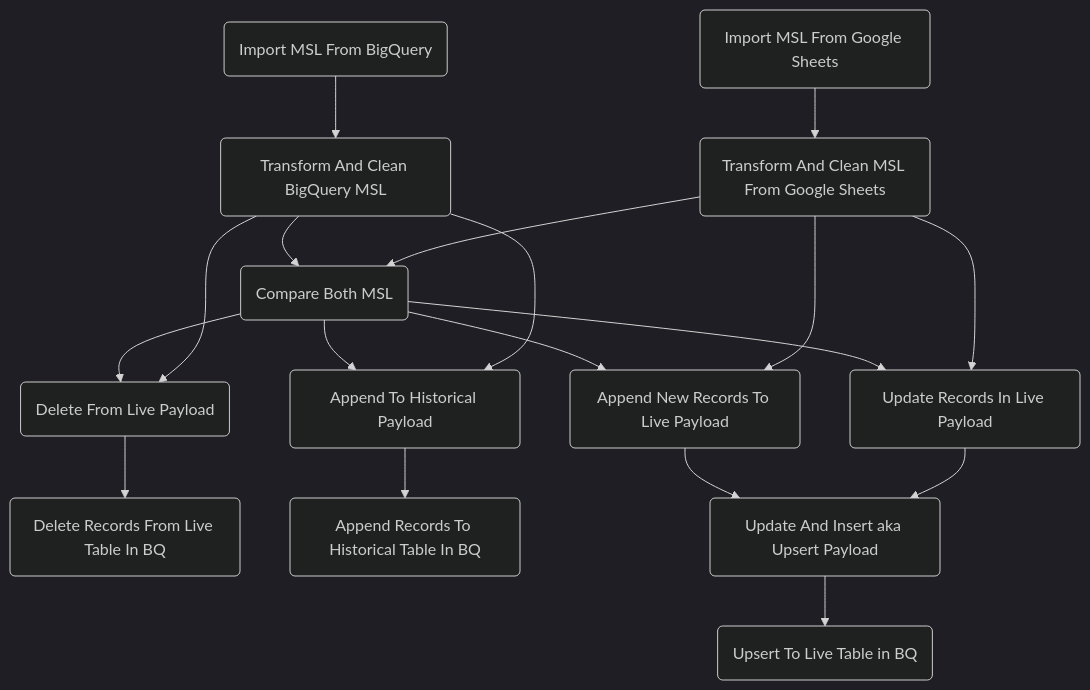
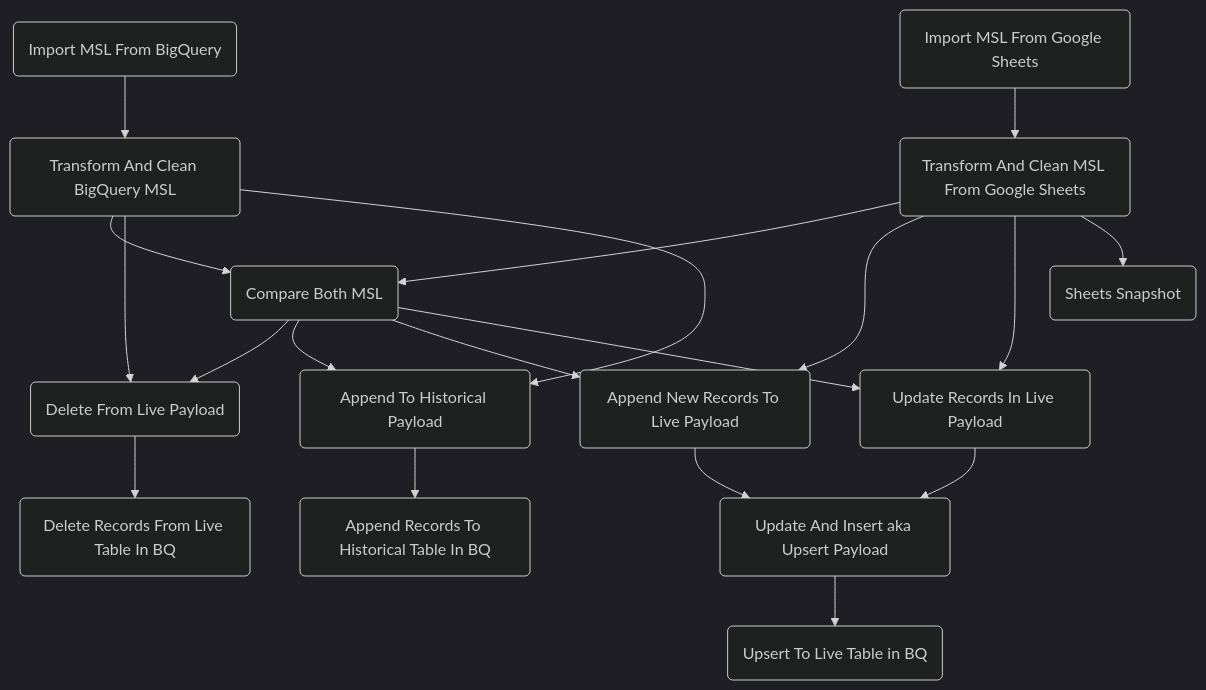
The diagram in documentation/pipelines/msl.md (CarrierOps/1P-Wiki), drawn with Mermaid (dark theme) before and after one commit. The commit also changed other lines of this file and 5 other files, not shown here.

````diff
--- a/documentation/pipelines/msl.md
+++ b/documentation/pipelines/msl.md
@@ -10,34 +10,36 @@
 ```mermaid
 flowchart TD
 id1(Import MSL From BigQuery)-->id2(Transform And Clean BigQuery MSL)
 id3(Import MSL From Google Sheets)--> id4(Transform And Clean MSL From Google Sheets)
 id2--> id5(Compare Both MSL)
 id4 -->id5
 id6(Delete From Live Payload)
 id7(Append To Historical Payload)
 id8(Append New Records To Live Payload)
 id9(Update Records In Live Payload)
 
 
 id5--> id6
 id5-->id7
 id5--> id8
 id5-->id9
 
 id2-->id6
 id2-->id7
 
 id4-->id8
 id4-->id9
 
 id6--> id10(Delete Records From Live Table In BQ)
 id7--> id11(Append Records To Historical Table In BQ)
 
 id12(Update And Insert aka Upsert Payload)
 id8-->id12
 id9-->id12
 
 id12--> id13(Upsert To Live Table in BQ)
 
+id0(Sheets Snapshot)
+id4--> id0
 
 ```
````
